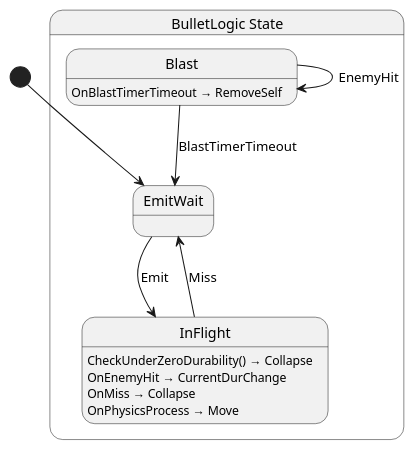
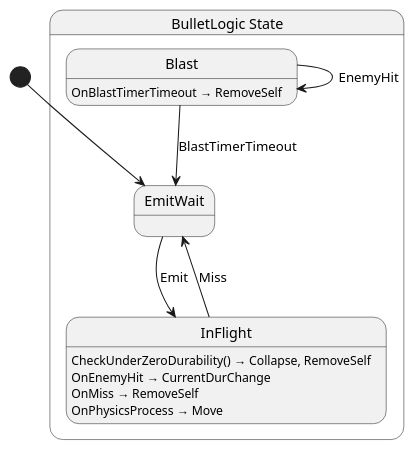
The diagram in src/bullet/abstract/state/BulletLogic.g.puml (Ygoat/EternalJourney), drawn with PlantUML before and after one commit. The commit also changed 4 other files, not shown here.

```diff
--- a/src/bullet/abstract/state/BulletLogic.g.puml
+++ b/src/bullet/abstract/state/BulletLogic.g.puml
@@ -1,20 +1,20 @@
 @startuml BulletLogic
 state "BulletLogic State" as EternalJourney_Bullet_Abstract_State_BulletLogic_State {
   state "EmitWait" as EternalJourney_Bullet_Abstract_State_BulletLogic_State_EmitWait
   state "InFlight" as EternalJourney_Bullet_Abstract_State_BulletLogic_State_InFlight
   state "Blast" as EternalJourney_Bullet_Abstract_State_BulletLogic_State_Blast
 }
 
 EternalJourney_Bullet_Abstract_State_BulletLogic_State_Blast --> EternalJourney_Bullet_Abstract_State_BulletLogic_State_Blast : EnemyHit
 EternalJourney_Bullet_Abstract_State_BulletLogic_State_Blast --> EternalJourney_Bullet_Abstract_State_BulletLogic_State_EmitWait : BlastTimerTimeout
 EternalJourney_Bullet_Abstract_State_BulletLogic_State_EmitWait --> EternalJourney_Bullet_Abstract_State_BulletLogic_State_InFlight : Emit
 EternalJourney_Bullet_Abstract_State_BulletLogic_State_InFlight --> EternalJourney_Bullet_Abstract_State_BulletLogic_State_EmitWait : Miss
 
 EternalJourney_Bullet_Abstract_State_BulletLogic_State_Blast : OnBlastTimerTimeout → RemoveSelf
-EternalJourney_Bullet_Abstract_State_BulletLogic_State_InFlight : CheckUnderZeroDurability() → Collapse
+EternalJourney_Bullet_Abstract_State_BulletLogic_State_InFlight : CheckUnderZeroDurability() → Collapse, RemoveSelf
 EternalJourney_Bullet_Abstract_State_BulletLogic_State_InFlight : OnEnemyHit → CurrentDurChange
-EternalJourney_Bullet_Abstract_State_BulletLogic_State_InFlight : OnMiss → Collapse
+EternalJourney_Bullet_Abstract_State_BulletLogic_State_InFlight : OnMiss → RemoveSelf
 EternalJourney_Bullet_Abstract_State_BulletLogic_State_InFlight : OnPhysicsProcess → Move
 
 [*] --> EternalJourney_Bullet_Abstract_State_BulletLogic_State_EmitWait
 @enduml
```
